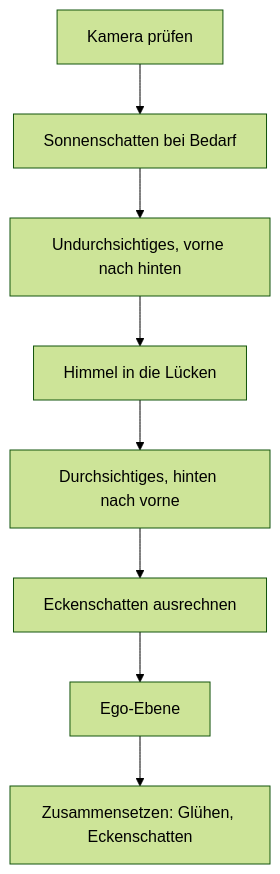
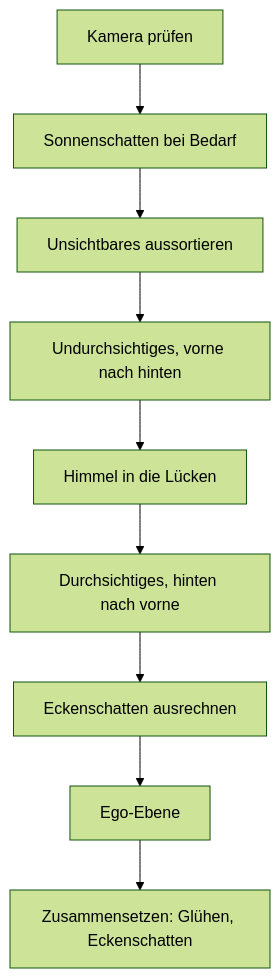
The diagram in kern/docs/buch-gruen/04-grafik.md (ChristianHohlfeld/kernengine.de), drawn with Mermaid (forest theme) before and after one commit. The commit also changed other lines of this file and 9 other files, not shown here.

````diff
--- a/kern/docs/buch-gruen/04-grafik.md
+++ b/kern/docs/buch-gruen/04-grafik.md
@@ -319,10 +318,12 @@
 ```mermaid
+%% Bildunterschrift: Die Malgänge eines Bildes in ihrer festen Reihenfolge
 flowchart TD
   A["Kamera prüfen"] --> B["Sonnenschatten bei Bedarf"]
-  B --> C["Undurchsichtiges, vorne nach hinten"]
+  B --> S["Unsichtbares aussortieren"]
+  S --> C["Undurchsichtiges, vorne nach hinten"]
   C --> D["Himmel in die Lücken"]
   D --> E["Durchsichtiges, hinten nach vorne"]
   E --> F["Eckenschatten ausrechnen"]
   F --> G["Ego-Ebene"]
   G --> H["Zusammensetzen: Glühen, Eckenschatten"]
 ```
````
